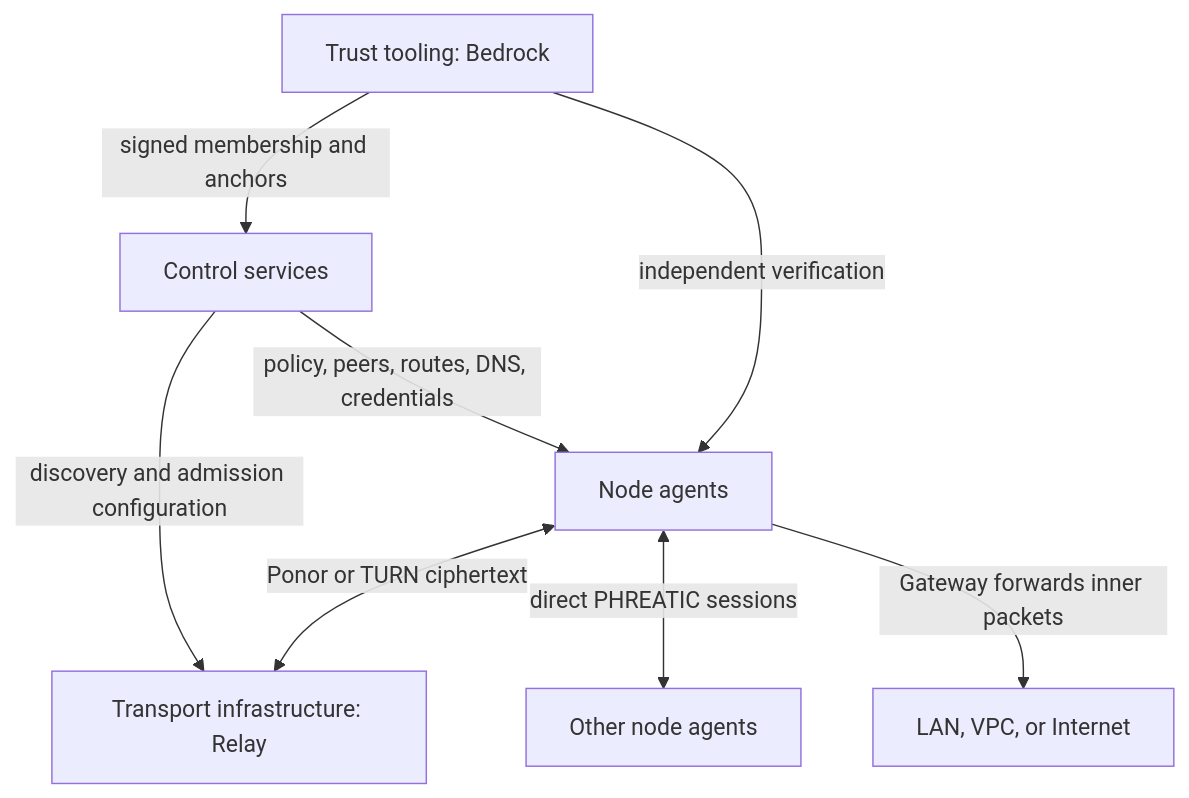
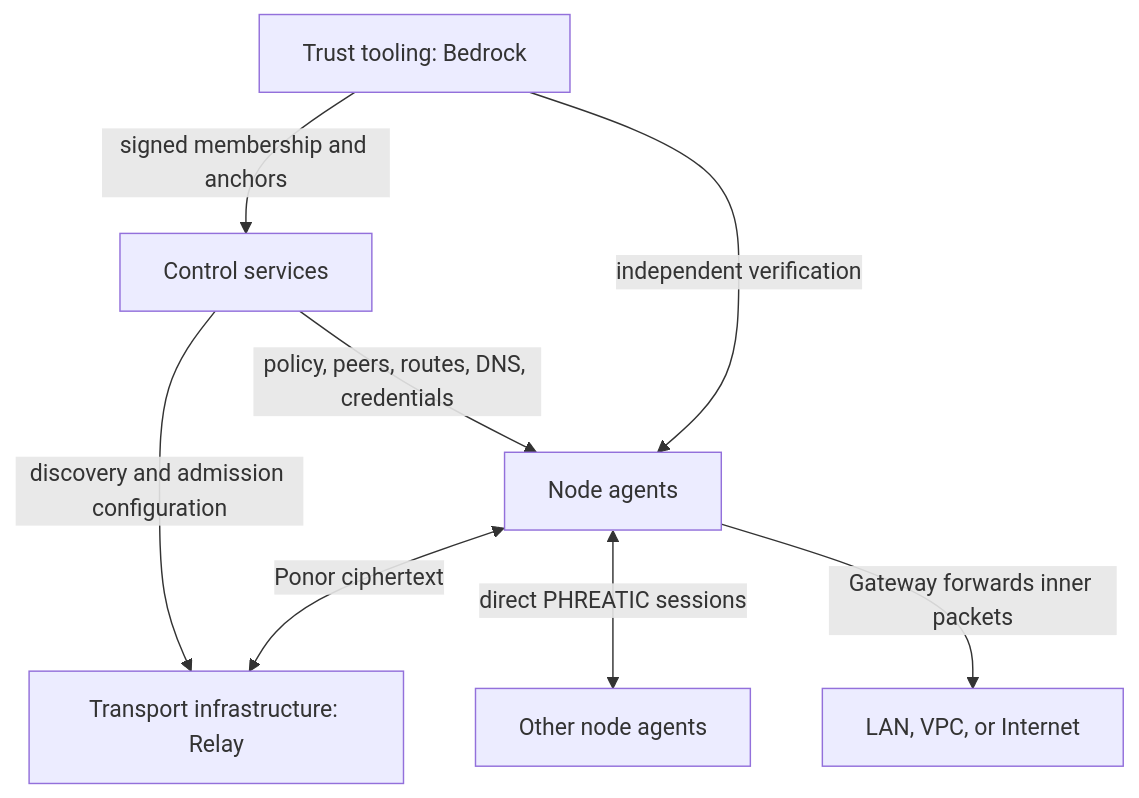
Before and after one commit to karst-net/karst: the diagram in docs/COMPONENT-ARCHITECTURE.md, drawn with Mermaid. The commit also changed other lines of this file and 85 other files, not shown here.

First line of the commit message:
refactor(relay): drop standalone TURN support, Relay-only transport fallback

````diff
--- a/docs/COMPONENT-ARCHITECTURE.md
+++ b/docs/COMPONENT-ARCHITECTURE.md
@@ -22,10 +22,10 @@
 ```mermaid
 flowchart TD
     Trust["Trust tooling: Bedrock"] -->|signed membership and anchors| Control["Control services"]
     Control -->|policy, peers, routes, DNS, credentials| Nodes["Node agents"]
     Trust -->|independent verification| Nodes
     Control -->|discovery and admission configuration| Relay["Transport infrastructure: Relay"]
-    Nodes <-->|Ponor or TURN ciphertext| Relay
+    Nodes <-->|Ponor ciphertext| Relay
     Nodes <-->|direct PHREATIC sessions| Peers["Other node agents"]
     Nodes -->|Gateway forwards inner packets| Network["LAN, VPC, or Internet"]
 ```
````
